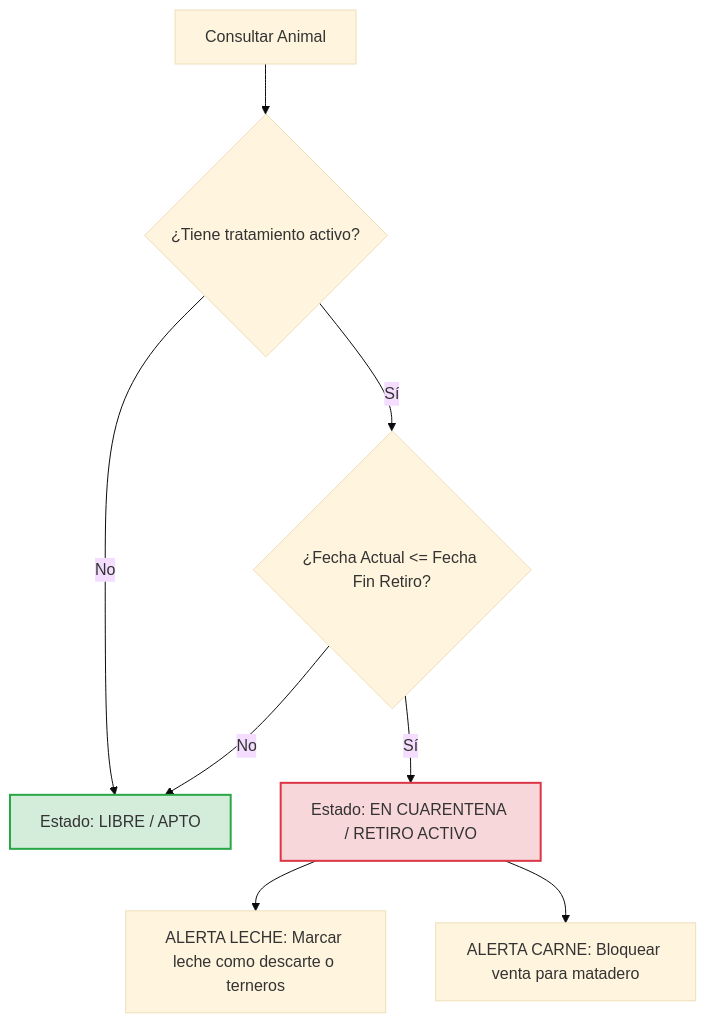
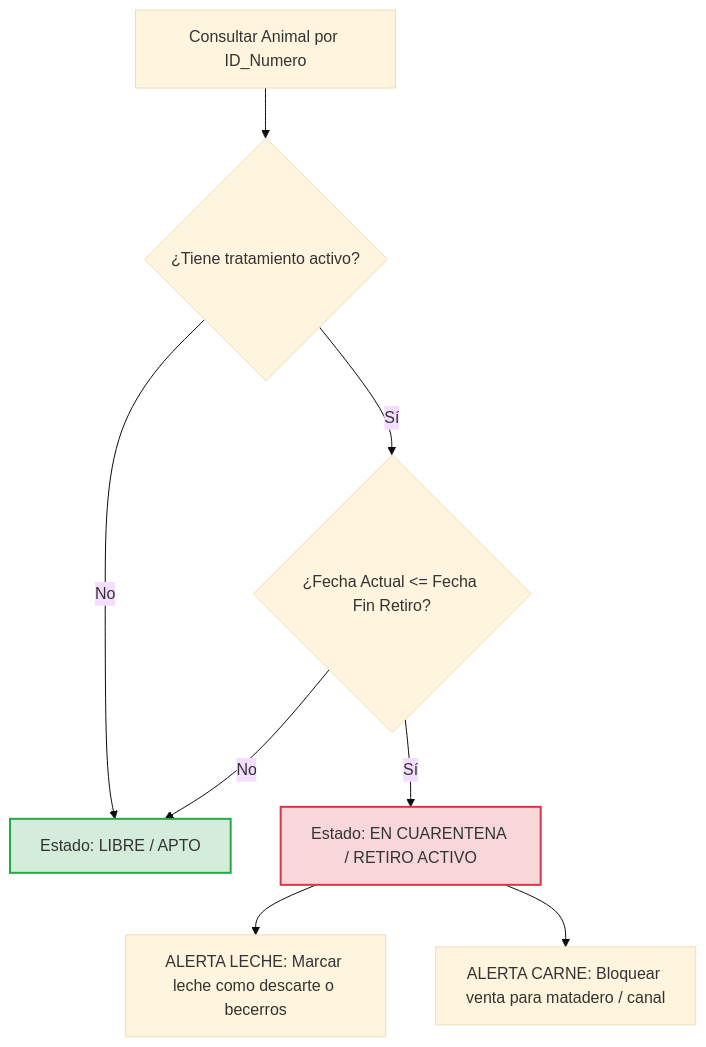
The diagram in agentes/skills/fincacontrol-sanidad-tiempos-retiro/SKILL.md (johandmaldonadop/FincaControl), drawn with Mermaid (base theme) before and after one commit. The commit also changed other lines of this file and 33 other files, not shown here.

````diff
--- a/agentes/skills/fincacontrol-sanidad-tiempos-retiro/SKILL.md
+++ b/agentes/skills/fincacontrol-sanidad-tiempos-retiro/SKILL.md
@@ -31,14 +31,14 @@
 ```mermaid
 flowchart TD
-    A[Consultar Animal] --> B{¿Tiene tratamiento activo?}
+    A[Consultar Animal por ID_Numero] --> B{¿Tiene tratamiento activo?}
     B -- No --> C[Estado: LIBRE / APTO]
     B -- Sí --> D{¿Fecha Actual <= Fecha Fin Retiro?}
     D -- No --> C
     D -- Sí --> E[Estado: EN CUARENTENA / RETIRO ACTIVO]
     
-    E --> F[ALERTA LECHE: Marcar leche como descarte o terneros]
-    E --> G[ALERTA CARNE: Bloquear venta para matadero]
+    E --> F[ALERTA LECHE: Marcar leche como descarte o becerros]
+    E --> G[ALERTA CARNE: Bloquear venta para matadero / canal]
     
     style C fill:#d4edda,stroke:#28a745,stroke-width:2px
     style E fill:#f8d7da,stroke:#dc3545,stroke-width:2px
 ```
````
